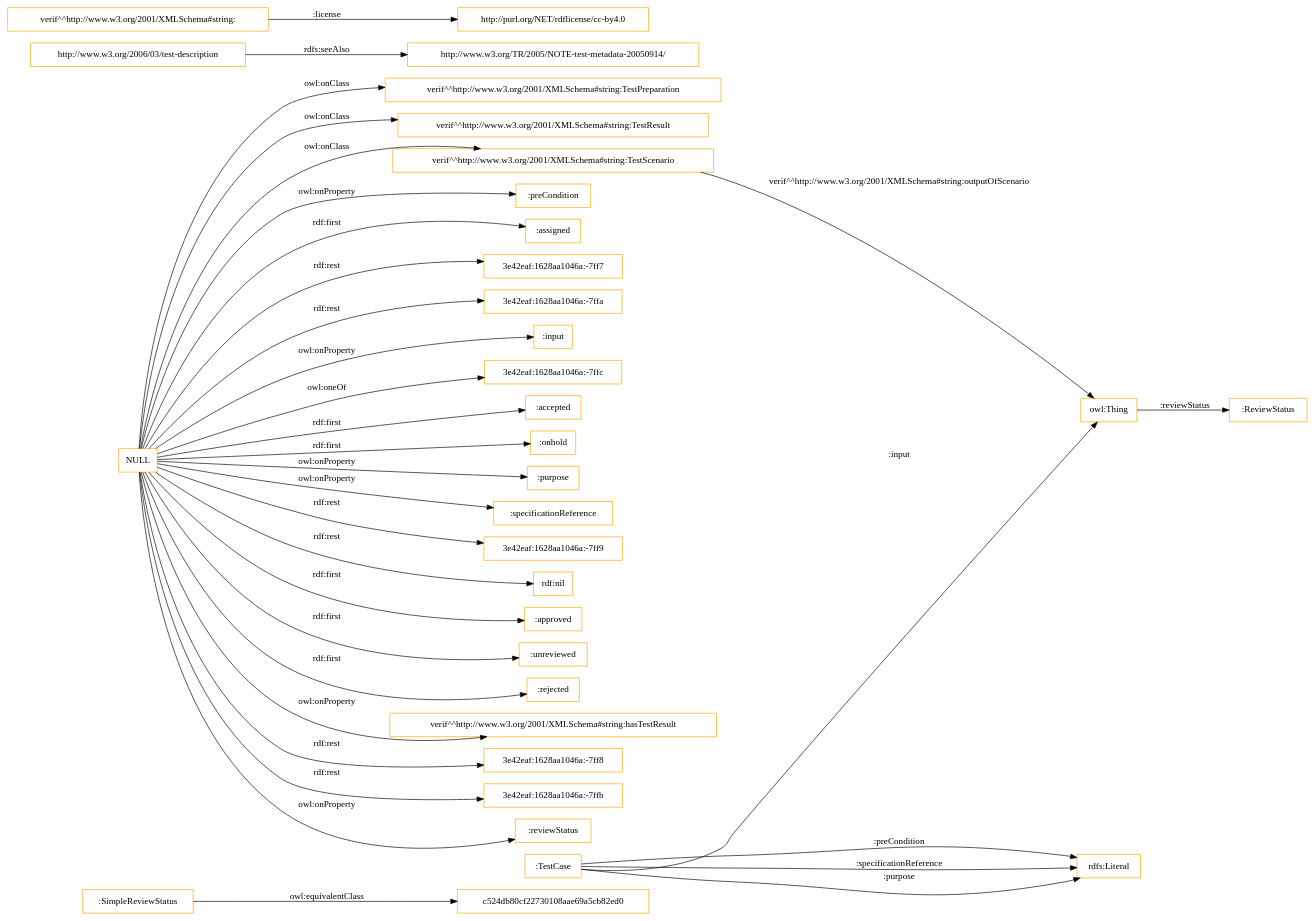
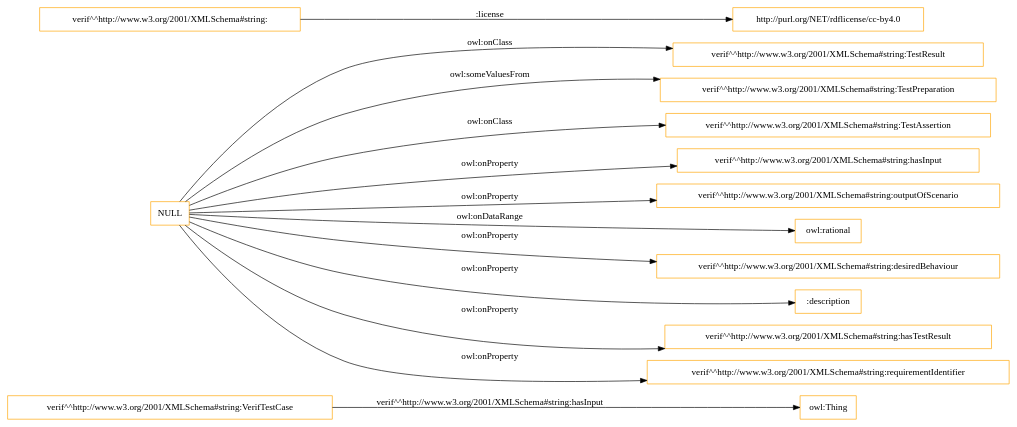
Before and after one commit to albaizq/test-verification-ontology: the diagram in OnToology/ontology/verification-test-description.ttl/diagrams/ar2dtool-class/verification-test-description.ttl.png.dot, drawn with Graphviz. The commit also changed 11 other files, not shown here.

```diff
--- a/OnToology/ontology/verification-test-description.ttl/diagrams/ar2dtool-class/verification-test-description.ttl.png.dot
+++ b/OnToology/ontology/verification-test-description.ttl/diagrams/ar2dtool-class/verification-test-description.ttl.png.dot
@@ -1,37 +1,18 @@
 digraph ar2dtool_diagram { 
 rankdir=LR;
 size="1501"
-node [shape = rectangle, color="orange"]; "c524db80cf22730108aae69a5cb82ed0" ":ReviewStatus" ":SimpleReviewStatus" "verif^^http://www.w3.org/2001/XMLSchema#string:TestPreparation" "verif^^http://www.w3.org/2001/XMLSchema#string:TestResult" "verif^^http://www.w3.org/2001/XMLSchema#string:TestScenario" ":TestCase" ; /*classes style*/
-	"http://www.w3.org/2006/03/test-description" -> "http://www.w3.org/TR/2005/NOTE-test-metadata-20050914/" [ label = "rdfs:seeAlso" ];
-	":SimpleReviewStatus" -> "c524db80cf22730108aae69a5cb82ed0" [ label = "owl:equivalentClass" ];
+node [shape = rectangle, color="orange"]; "verif^^http://www.w3.org/2001/XMLSchema#string:VerifTestCase" "verif^^http://www.w3.org/2001/XMLSchema#string:TestResult" "verif^^http://www.w3.org/2001/XMLSchema#string:TestPreparation" "verif^^http://www.w3.org/2001/XMLSchema#string:TestAssertion" ; /*classes style*/
+	"verif^^http://www.w3.org/2001/XMLSchema#string:" -> "http://purl.org/NET/rdflicense/cc-by4.0" [ label = ":license" ];
+	"NULL" -> "verif^^http://www.w3.org/2001/XMLSchema#string:TestAssertion" [ label = "owl:onClass" ];
 	"NULL" -> "verif^^http://www.w3.org/2001/XMLSchema#string:TestResult" [ label = "owl:onClass" ];
-	"NULL" -> ":preCondition" [ label = "owl:onProperty" ];
-	"NULL" -> ":assigned" [ label = "rdf:first" ];
-	"NULL" -> "3e42eaf:1628aa1046a:-7ff7" [ label = "rdf:rest" ];
-	"NULL" -> "3e42eaf:1628aa1046a:-7ffa" [ label = "rdf:rest" ];
-	"NULL" -> ":input" [ label = "owl:onProperty" ];
-	"NULL" -> "verif^^http://www.w3.org/2001/XMLSchema#string:TestPreparation" [ label = "owl:onClass" ];
-	"NULL" -> "3e42eaf:1628aa1046a:-7ffc" [ label = "owl:oneOf" ];
-	"NULL" -> "verif^^http://www.w3.org/2001/XMLSchema#string:TestScenario" [ label = "owl:onClass" ];
-	"NULL" -> ":accepted" [ label = "rdf:first" ];
-	"NULL" -> ":onhold" [ label = "rdf:first" ];
-	"NULL" -> ":purpose" [ label = "owl:onProperty" ];
-	"NULL" -> ":specificationReference" [ label = "owl:onProperty" ];
-	"NULL" -> "3e42eaf:1628aa1046a:-7ff9" [ label = "rdf:rest" ];
-	"NULL" -> "rdf:nil" [ label = "rdf:rest" ];
-	"NULL" -> ":approved" [ label = "rdf:first" ];
-	"NULL" -> ":unreviewed" [ label = "rdf:first" ];
-	"NULL" -> ":rejected" [ label = "rdf:first" ];
+	"NULL" -> "verif^^http://www.w3.org/2001/XMLSchema#string:hasInput" [ label = "owl:onProperty" ];
+	"NULL" -> "verif^^http://www.w3.org/2001/XMLSchema#string:outputOfScenario" [ label = "owl:onProperty" ];
+	"NULL" -> "verif^^http://www.w3.org/2001/XMLSchema#string:TestPreparation" [ label = "owl:someValuesFrom" ];
+	"NULL" -> "owl:rational" [ label = "owl:onDataRange" ];
+	"NULL" -> "verif^^http://www.w3.org/2001/XMLSchema#string:desiredBehaviour" [ label = "owl:onProperty" ];
+	"NULL" -> ":description" [ label = "owl:onProperty" ];
 	"NULL" -> "verif^^http://www.w3.org/2001/XMLSchema#string:hasTestResult" [ label = "owl:onProperty" ];
-	"NULL" -> "3e42eaf:1628aa1046a:-7ff8" [ label = "rdf:rest" ];
-	"NULL" -> "3e42eaf:1628aa1046a:-7ffb" [ label = "rdf:rest" ];
-	"NULL" -> ":reviewStatus" [ label = "owl:onProperty" ];
-	"verif^^http://www.w3.org/2001/XMLSchema#string:" -> "http://purl.org/NET/rdflicense/cc-by4.0" [ label = ":license" ];
-	"verif^^http://www.w3.org/2001/XMLSchema#string:TestScenario" -> "owl:Thing" [ label = "verif^^http://www.w3.org/2001/XMLSchema#string:outputOfScenario" ];
-	":TestCase" -> "owl:Thing" [ label = ":input" ];
-	":TestCase" -> "rdfs:Literal" [ label = ":preCondition" ];
-	":TestCase" -> "rdfs:Literal" [ label = ":specificationReference" ];
-	":TestCase" -> "rdfs:Literal" [ label = ":purpose" ];
-	"owl:Thing" -> ":ReviewStatus" [ label = ":reviewStatus" ];
+	"NULL" -> "verif^^http://www.w3.org/2001/XMLSchema#string:requirementIdentifier" [ label = "owl:onProperty" ];
+	"verif^^http://www.w3.org/2001/XMLSchema#string:VerifTestCase" -> "owl:Thing" [ label = "verif^^http://www.w3.org/2001/XMLSchema#string:hasInput" ];
 
 }
```
